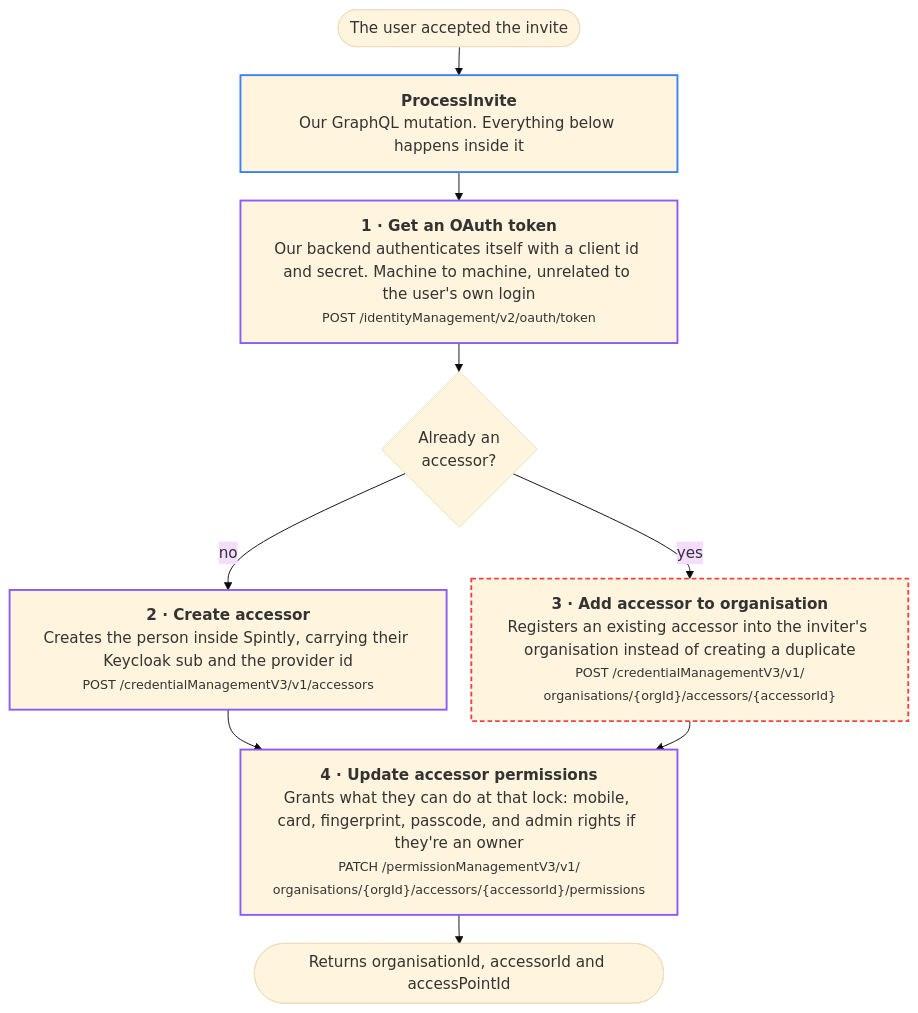
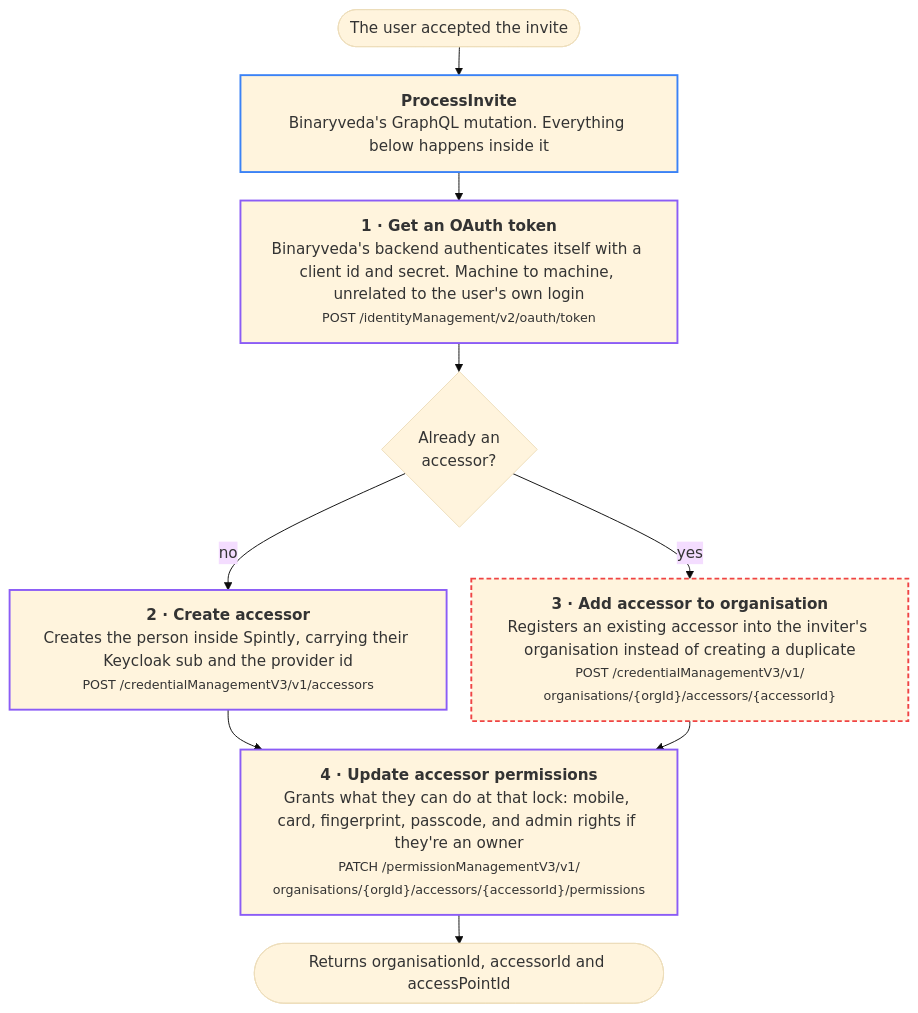
The second of 4 diagrams in docs/lock-share-invites.md (Yash-Wadatkar-Binaryveda/sdk-docs-site), drawn with Mermaid (base theme) before and after one commit. The commit also changed other lines of this file and 3 other files, not shown here.

First line of the commit message:
Update documentation to reflect Binaryveda's backend and clarify SDK interactions

````diff
--- a/docs/lock-share-invites.md
+++ b/docs/lock-share-invites.md
@@ -60,20 +60,20 @@
 ```mermaid
 %%{init:{"flowchart":{"wrappingWidth":400,"nodeSpacing":26,"rankSpacing":30}}}%%
 flowchart TD
     S(["The user accepted the invite"]) --> P
-    P["<b>ProcessInvite</b><br/>Our GraphQL mutation. Everything below happens inside it"]
-    P --> N1["<b>1 · Get an OAuth token</b><br/>Our backend authenticates itself with a client id and secret. Machine to machine, unrelated to the user's own login<br/><small>POST /identityManagement/v2/oauth/token</small>"]
+    P["<b>ProcessInvite</b><br/>Binaryveda's GraphQL mutation. Everything below happens inside it"]
+    P --> N1["<b>1 · Get an OAuth token</b><br/>Binaryveda's backend authenticates itself with a client id and secret. Machine to machine, unrelated to the user's own login<br/><small>POST /identityManagement/v2/oauth/token</small>"]
     N1 --> D{"Already an<br/>accessor?"}
     D -->|no| N2["<b>2 · Create accessor</b><br/>Creates the person inside Spintly, carrying their Keycloak sub and the provider id<br/><small>POST /credentialManagementV3/v1/accessors</small>"]
     D -->|yes| N3["<b>3 · Add accessor to organisation</b><br/>Registers an existing accessor into the inviter's organisation instead of creating a duplicate<br/><small>POST /credentialManagementV3/v1/<br/>organisations/{orgId}/accessors/{accessorId}</small>"]
     N2 --> N4
     N3 --> N4["<b>4 · Update accessor permissions</b><br/>Grants what they can do at that lock: mobile, card, fingerprint, passcode, and admin rights if they're an owner<br/><small>PATCH /permissionManagementV3/v1/<br/>organisations/{orgId}/accessors/{accessorId}/permissions</small>"]
     N4 --> E(["Returns organisationId, accessorId and accessPointId"])
 
-    classDef ours stroke:#3b82f6,stroke-width:2px
+    classDef bv stroke:#3b82f6,stroke-width:2px
     classDef spintly stroke:#8b5cf6,stroke-width:2px
     classDef alt stroke:#ef4444,stroke-width:2px,stroke-dasharray:5 3
-    class P ours
+    class P bv
     class N1,N2,N4 spintly
     class N3 alt
 ```
````
